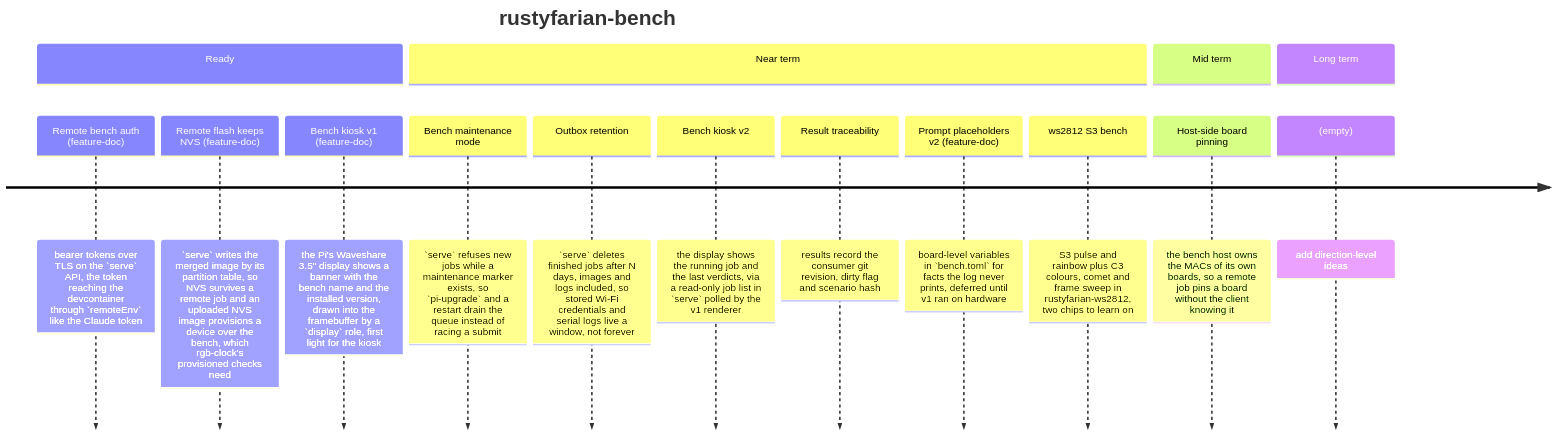
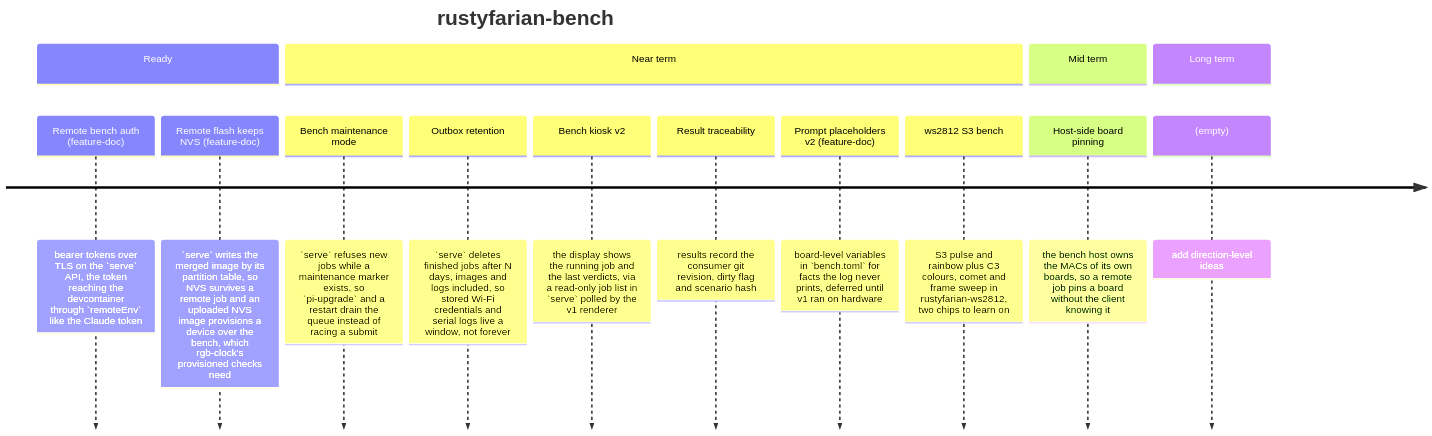
One commit to datenkollektiv/rustyfarian-bench changed the diagram in docs/ROADMAP.md. Above: the diagram before and after it, drawn with Mermaid. The commit also changed 13 other files, not shown here.

Commit message:
Add banner and version to the kiosk mode

````diff
--- a/docs/ROADMAP.md
+++ b/docs/ROADMAP.md
@@ -8,19 +8,18 @@
 ```mermaid
 timeline
     title rustyfarian-bench
     section Ready
         Remote bench auth (feature-doc) : bearer tokens over TLS on the `serve` API, the token reaching the devcontainer through `remoteEnv` like the Claude token
         Remote flash keeps NVS (feature-doc) : `serve` writes the merged image by its partition table, so NVS survives a remote job and an uploaded NVS image provisions a device over the bench, which rgb-clock's provisioned checks need
-        Bench kiosk v1 (feature-doc) : the Pi's Waveshare 3.5" display shows a banner with the bench name and the installed version, drawn into the framebuffer by a `display` role, first light for the kiosk
     section Near term
         Bench maintenance mode : `serve` refuses new jobs while a maintenance marker exists, so `pi-upgrade` and a restart drain the queue instead of racing a submit
         Outbox retention : `serve` deletes finished jobs after N days, images and logs included, so stored Wi-Fi credentials and serial logs live a window, not forever
         Bench kiosk v2 : the display shows the running job and the last verdicts, via a read-only job list in `serve` polled by the v1 renderer
         Result traceability : results record the consumer git revision, dirty flag and scenario hash
         Prompt placeholders v2 (feature-doc) : board-level variables in `bench.toml` for facts the log never prints, deferred until v1 ran on hardware
         ws2812 S3 bench : S3 pulse and rainbow plus C3 colours, comet and frame sweep in rustyfarian-ws2812, two chips to learn on
     section Mid term
         Host-side board pinning : the bench host owns the MACs of its own boards, so a remote job pins a board without the client knowing it
     section Long term
         (empty) : add direction-level ideas
 ```
````
